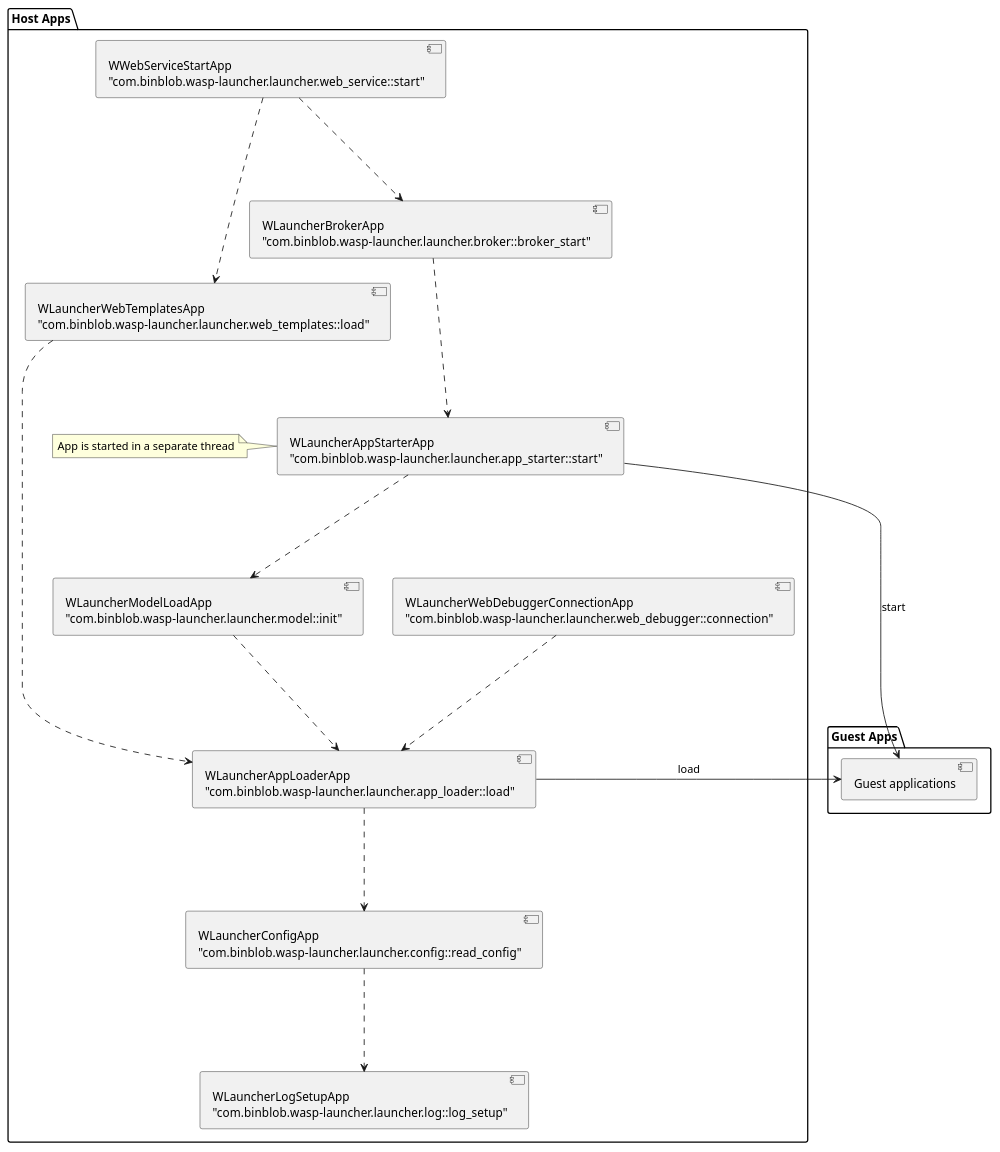
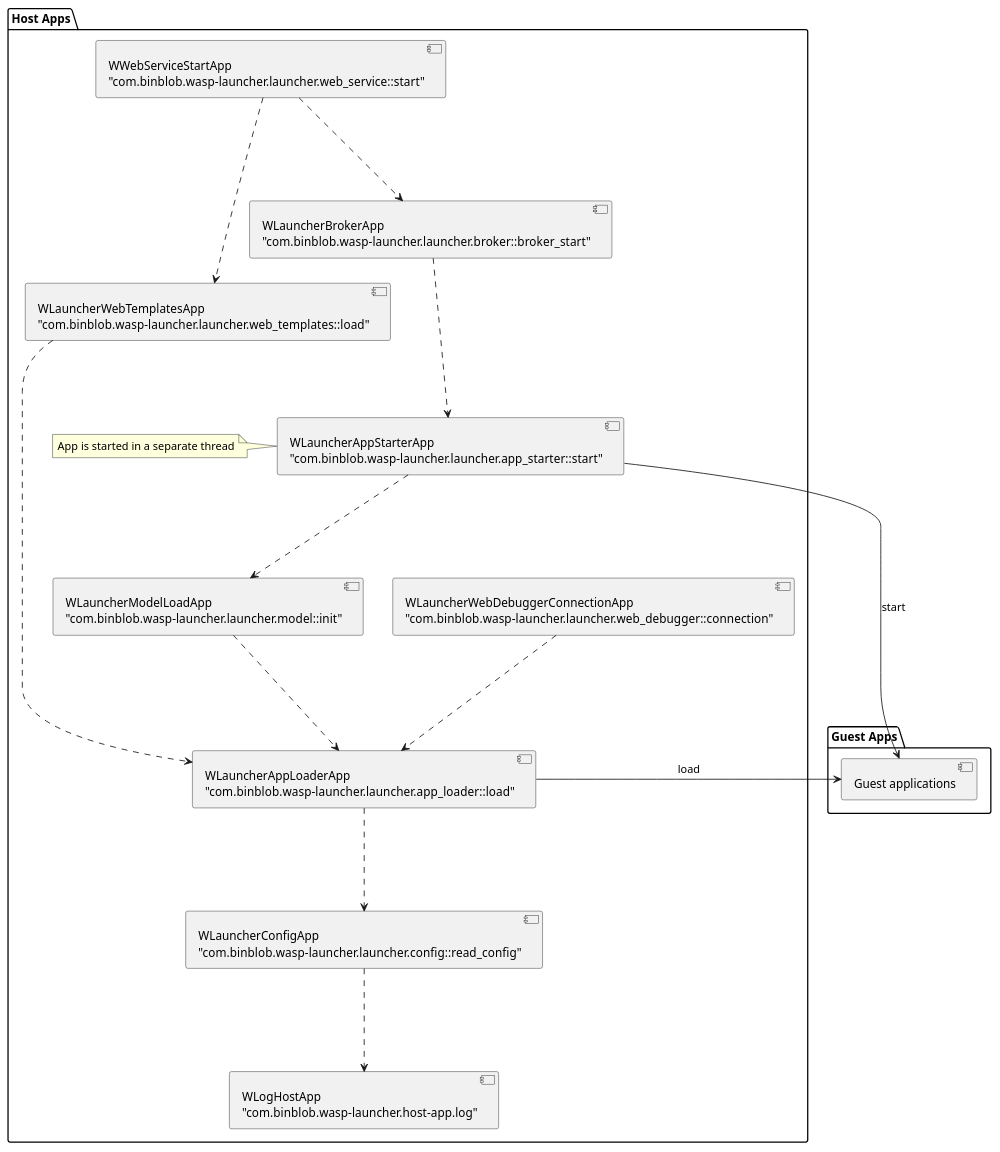
The diagram in docs/sphinx/apps.puml (a1ezzz/wasp-launcher), drawn with PlantUML before and after one commit. The commit also changed 4 other files, not shown here.

Commit message:
log app renamed

```diff
--- a/docs/sphinx/apps.puml
+++ b/docs/sphinx/apps.puml
@@ -1,74 +1,74 @@
 @startuml
 
 package "Host Apps" {
 component log [
-WLauncherLogSetupApp
-"com.binblob.wasp-launcher.launcher.log::log_setup"
+WLogHostApp
+"com.binblob.wasp-launcher.host-app.log"
 ]
 
 component config [
 WLauncherConfigApp
 "com.binblob.wasp-launcher.launcher.config::read_config"
 ]
 
 component loader [
 WLauncherAppLoaderApp
 "com.binblob.wasp-launcher.launcher.app_loader::load"
 ]
 
 component model [
 WLauncherModelLoadApp
 "com.binblob.wasp-launcher.launcher.model::init"
 ]
 
 component starter [
 WLauncherAppStarterApp
 "com.binblob.wasp-launcher.launcher.app_starter::start"
 ]
 
 note left of starter
 App is started in a separate thread
 end note
 
 component template [
 WLauncherWebTemplatesApp
 "com.binblob.wasp-launcher.launcher.web_templates::load"
 ]
 
 component debugger [
 WLauncherWebDebuggerConnectionApp
 "com.binblob.wasp-launcher.launcher.web_debugger::connection"
 ]
 
 component broker [
 WLauncherBrokerApp
 "com.binblob.wasp-launcher.launcher.broker::broker_start"
 ]
 
 component web_host [
 WWebServiceStartApp
 "com.binblob.wasp-launcher.launcher.web_service::start"
 ]
 
 config .-down-> log
 loader .-down-> config
 model .-down-> loader
 template .-down-> loader
 starter .-down-> model
 broker .-down-> starter
 web_host .-down-> broker
 web_host .-down-> template
 debugger .-down-> loader
 
 }
 
 package "Guest Apps" {
 component guest_apps [
 	Guest applications
 ]
 
 loader -> guest_apps: load
 starter -> guest_apps: start
 }
 
 @enduml
```
